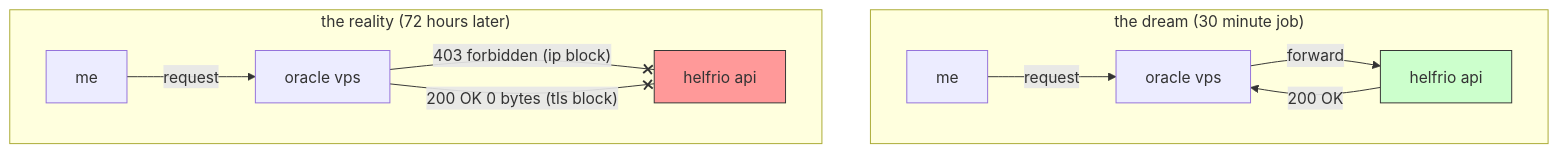
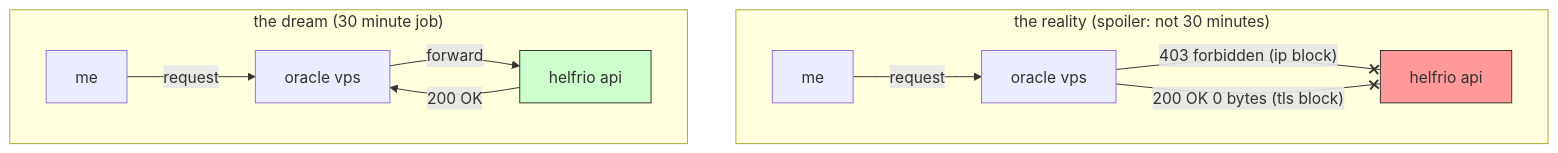
Before and after one commit to Microck/ja3-bypass-gateway: the first of 5 diagrams in README.md, drawn with Mermaid.

````diff
--- a/README.md
+++ b/README.md
@@ -23,17 +23,17 @@
 ```mermaid
 graph TD
+    subgraph "the reality (spoiler: not 30 minutes)"
+        Laptop2[me] -->|request| VPS2[oracle vps]
+        VPS2 -- "403 forbidden (ip block)" --x API2[helfrio api]
+        VPS2 -- "200 OK 0 bytes (tls block)" --x API2
+    end
+
     subgraph "the dream (30 minute job)"
         Laptop1[me] -->|request| VPS1[oracle vps]
         VPS1 -->|forward| API1[helfrio api]
         API1 -->|200 OK| VPS1
     end
-
-    subgraph "the reality (72 hours later)"
-        Laptop2[me] -->|request| VPS2[oracle vps]
-        VPS2 -- "403 forbidden (ip block)" --x API2[helfrio api]
-        VPS2 -- "200 OK 0 bytes (tls block)" --x API2
-    end
     
     style API1 fill:#ccffcc,stroke:#333
     style API2 fill:#ff9999,stroke:#333
 ```
````
